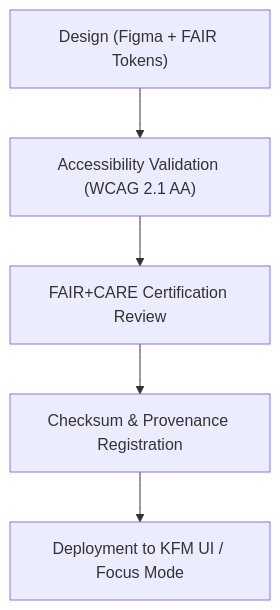
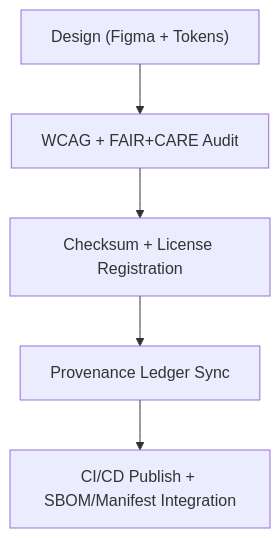
One commit to bartytime4life/Kansas-Frontier-Matrix changed the diagram in web/public/icons/data/README.md. Above: the diagram before and after it, drawn with Mermaid. The commit also changed other lines of this file, not shown here.

````diff
--- a/web/public/icons/data/README.md
+++ b/web/public/icons/data/README.md
@@ -65,7 +56,7 @@
 ```mermaid
 flowchart TD
-    A["Design (Figma + FAIR Tokens)"] --> B["Accessibility Validation (WCAG 2.1 AA)"]
-    B --> C["FAIR+CARE Certification Review"]
-    C --> D["Checksum & Provenance Registration"]
-    D --> E["Deployment to KFM UI / Focus Mode"]
+A["Design (Figma + Tokens)"] --> B["WCAG + FAIR+CARE Audit"]
+B --> C["Checksum + License Registration"]
+C --> D["Provenance Ledger Sync"]
+D --> E["CI/CD Publish + SBOM/Manifest Integration"]
 ```
````
